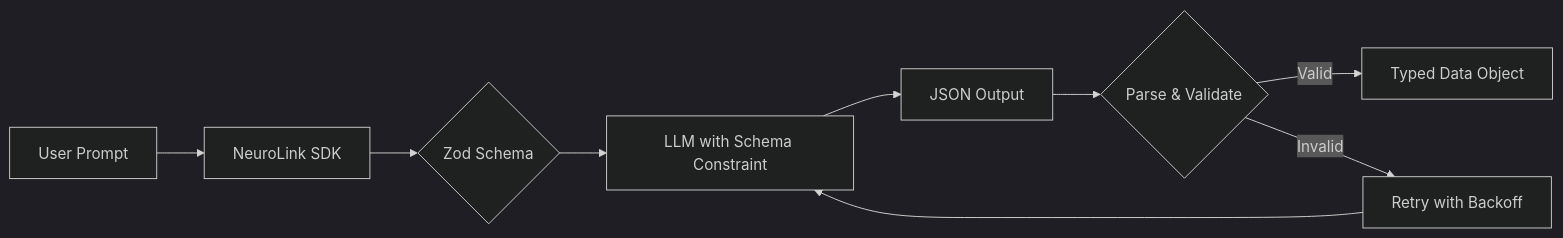
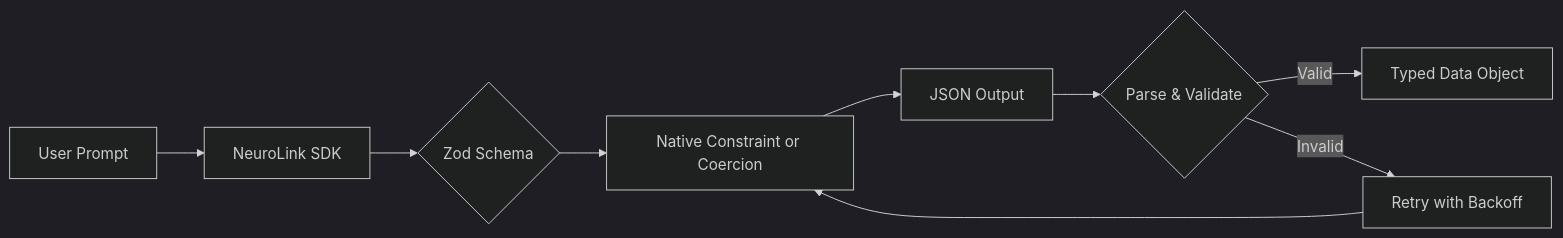
Before and after one commit to juspay/neurolink-blog: the diagram in _posts/2025-10-28-structured-output-json.md, drawn with Mermaid (dark theme). The commit also changed other lines of this file and 172 other files, not shown here.

````diff
--- a/_posts/2025-10-28-structured-output-json.md
+++ b/_posts/2025-10-28-structured-output-json.md
@@ -35,11 +35,11 @@
 ```mermaid
 flowchart LR
     A[User Prompt] --> B[NeuroLink SDK]
     B --> C{Zod Schema}
-    C --> D[LLM with Schema Constraint]
+    C --> D[Native Constraint or Coercion]
     D --> E[JSON Output]
     E --> F{Parse & Validate}
     F -->|Valid| G[Typed Data Object]
     F -->|Invalid| H[Retry with Backoff]
     H --> D
 ```
````
